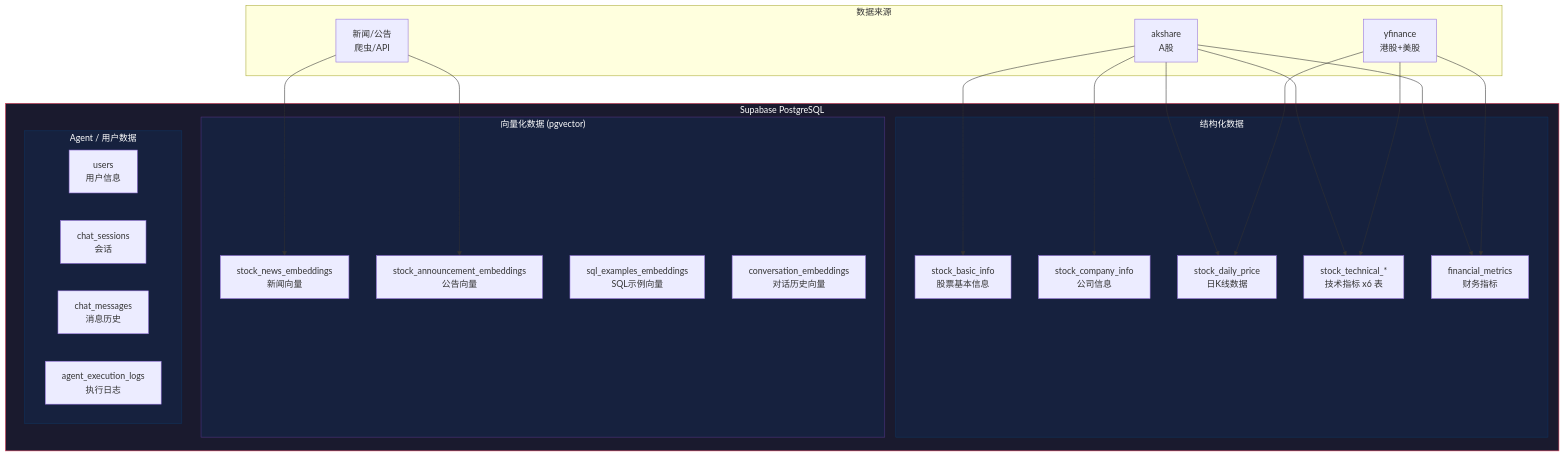
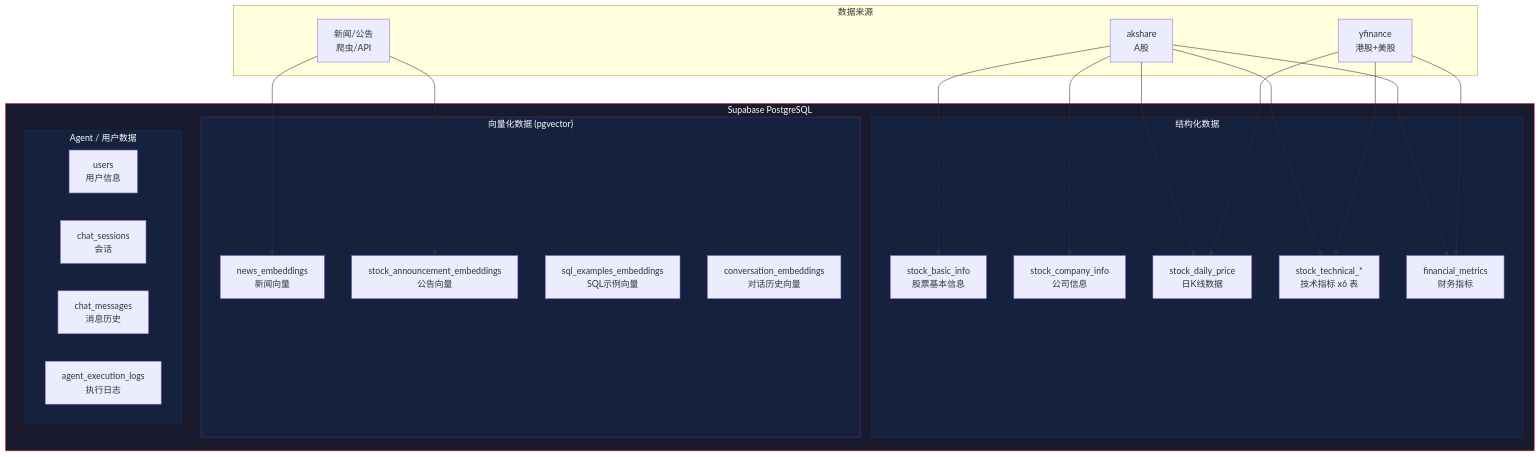
One commit to cherryni2022/stock_ai_agent changed the fifth of 9 diagrams in docs/PRD_stock_ai_agent.md. Above: the diagram before and after it, drawn with Mermaid. The commit also changed other lines of this file and 6 other files, not shown here.

````diff
--- a/docs/PRD_stock_ai_agent.md
+++ b/docs/PRD_stock_ai_agent.md
@@ -453,41 +453,41 @@
 ```mermaid
 graph TB
     subgraph DataSources["数据来源"]
         YF[yfinance<br/>港股+美股]
         AK[akshare<br/>A股]
         NEWS[新闻/公告<br/>爬虫/API]
     end
     
     subgraph Supabase["Supabase PostgreSQL"]
         subgraph Structured["结构化数据"]
             SI[stock_basic_info<br/>股票基本信息]
             CI[stock_company_info<br/>公司信息]
             DP[stock_daily_price<br/>日K线数据]
             TI[stock_technical_*<br/>技术指标 x6 表]
             FM[financial_metrics<br/>财务指标]
         end
         
         subgraph Vector["向量化数据 (pgvector)"]
-            NV[stock_news_embeddings<br/>新闻向量]
+            NV[news_embeddings<br/>新闻向量]
             AV[stock_announcement_embeddings<br/>公告向量]
             SV[sql_examples_embeddings<br/>SQL示例向量]
             CV[conversation_embeddings<br/>对话历史向量]
         end
         
         subgraph AgentData["Agent / 用户数据"]
             U[users<br/>用户信息]
             S[chat_sessions<br/>会话]
             M[chat_messages<br/>消息历史]
             EL[agent_execution_logs<br/>执行日志]
         end
     end
     
     YF --> DP & TI & FM
     AK --> SI & CI & DP & TI & FM
     NEWS --> NV & AV
     
     style Supabase fill:#1a1a2e,stroke:#e94560,color:#fff
     style Structured fill:#16213e,stroke:#0f3460,color:#fff
     style Vector fill:#16213e,stroke:#533483,color:#fff
     style AgentData fill:#16213e,stroke:#0f3460,color:#fff
 ```
````
